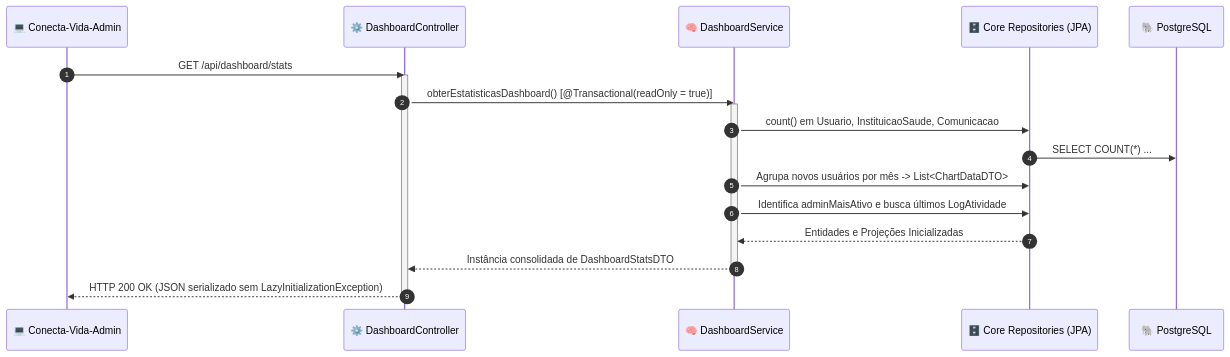
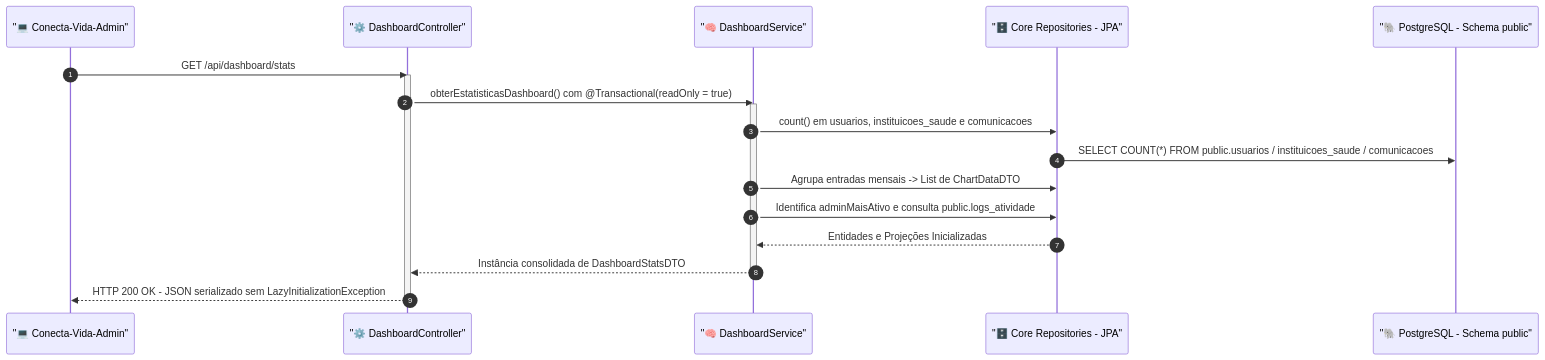
Before and after one commit to Conecta-Vida/Conecta-Vida-Documentacao: the fourth of 5 diagrams in API_BACKEND.md, drawn with Mermaid. The commit also changed other lines of this file, not shown here.

````diff
--- a/API_BACKEND.md
+++ b/API_BACKEND.md
@@ -242,24 +270,23 @@
 ```mermaid
 sequenceDiagram
     autonumber
-    participant Client as 💻 Conecta-Vida-Admin
-    participant Ctrl as ⚙️ DashboardController
-    participant Svc as 🧠 DashboardService
-    participant Repos as 🗄️ Core Repositories (JPA)
-    participant DB as 🐘 PostgreSQL
+    participant Client as "💻 Conecta-Vida-Admin"
+    participant Ctrl as "⚙️ DashboardController"
+    participant Svc as "🧠 DashboardService"
+    participant Repos as "🗄️ Core Repositories - JPA"
+    participant DB as "🐘 PostgreSQL - Schema public"
 
     Client->>Ctrl: GET /api/dashboard/stats
     activate Ctrl
-    Ctrl->>Svc: obterEstatisticasDashboard() [@Transactional(readOnly = true)]
+    Ctrl->>Svc: obterEstatisticasDashboard() com @Transactional(readOnly = true)
     activate Svc
-    Svc->>Repos: count() em Usuario, InstituicaoSaude, Comunicacao
-    Repos->>DB: SELECT COUNT(*) ...
-    Svc->>Repos: Agrupa novos usuários por mês -> List<ChartDataDTO>
-    Svc->>Repos: Identifica adminMaisAtivo e busca últimos LogAtividade
+    Svc->>Repos: count() em usuarios, instituicoes_saude e comunicacoes
+    Repos->>DB: SELECT COUNT(*) FROM public.usuarios / instituicoes_saude / comunicacoes
+    Svc->>Repos: Agrupa entradas mensais -> List de ChartDataDTO
+    Svc->>Repos: Identifica adminMaisAtivo e consulta public.logs_atividade
     Repos-->>Svc: Entidades e Projeções Inicializadas
     Svc-->>Ctrl: Instância consolidada de DashboardStatsDTO
     deactivate Svc
-    Ctrl-->>Client: HTTP 200 OK (JSON serializado sem LazyInitializationException)
+    Ctrl-->>Client: HTTP 200 OK - JSON serializado sem LazyInitializationException
     deactivate Ctrl
-
 ```
````
